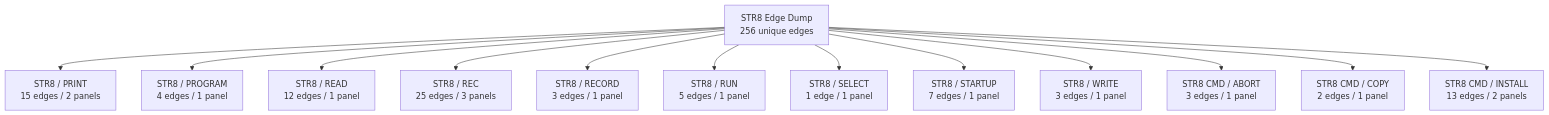
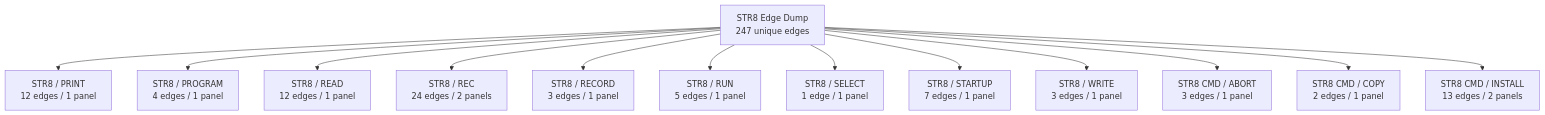
One commit to 95westus/R-YORS changed the second of 41 diagrams in DOC/GUIDES/STR8/STR8_EDGE_DUMP.md. Above: the diagram before and after it, drawn with Mermaid. The commit also changed other lines of this file and 17 other files, not shown here.

````diff
--- a/DOC/GUIDES/STR8/STR8_EDGE_DUMP.md
+++ b/DOC/GUIDES/STR8/STR8_EDGE_DUMP.md
@@ -44,15 +44,15 @@
 ```mermaid
 flowchart TD
-    EDGE_ATLAS_ROOT_1["STR8 Edge Dump<br/>256 unique edges"] --> EDGE_FAMILY_1_0["STR8 / PRINT<br/>15 edges / 2 panels"]
-    EDGE_ATLAS_ROOT_1["STR8 Edge Dump<br/>256 unique edges"] --> EDGE_FAMILY_1_1["STR8 / PROGRAM<br/>4 edges / 1 panel"]
-    EDGE_ATLAS_ROOT_1["STR8 Edge Dump<br/>256 unique edges"] --> EDGE_FAMILY_1_2["STR8 / READ<br/>12 edges / 1 panel"]
-    EDGE_ATLAS_ROOT_1["STR8 Edge Dump<br/>256 unique edges"] --> EDGE_FAMILY_1_3["STR8 / REC<br/>25 edges / 3 panels"]
-    EDGE_ATLAS_ROOT_1["STR8 Edge Dump<br/>256 unique edges"] --> EDGE_FAMILY_1_4["STR8 / RECORD<br/>3 edges / 1 panel"]
-    EDGE_ATLAS_ROOT_1["STR8 Edge Dump<br/>256 unique edges"] --> EDGE_FAMILY_1_5["STR8 / RUN<br/>5 edges / 1 panel"]
-    EDGE_ATLAS_ROOT_1["STR8 Edge Dump<br/>256 unique edges"] --> EDGE_FAMILY_1_6["STR8 / SELECT<br/>1 edge / 1 panel"]
-    EDGE_ATLAS_ROOT_1["STR8 Edge Dump<br/>256 unique edges"] --> EDGE_FAMILY_1_7["STR8 / STARTUP<br/>7 edges / 1 panel"]
-    EDGE_ATLAS_ROOT_1["STR8 Edge Dump<br/>256 unique edges"] --> EDGE_FAMILY_1_8["STR8 / WRITE<br/>3 edges / 1 panel"]
-    EDGE_ATLAS_ROOT_1["STR8 Edge Dump<br/>256 unique edges"] --> EDGE_FAMILY_1_9["STR8 CMD / ABORT<br/>3 edges / 1 panel"]
-    EDGE_ATLAS_ROOT_1["STR8 Edge Dump<br/>256 unique edges"] --> EDGE_FAMILY_1_10["STR8 CMD / COPY<br/>2 edges / 1 panel"]
-    EDGE_ATLAS_ROOT_1["STR8 Edge Dump<br/>256 unique edges"] --> EDGE_FAMILY_1_11["STR8 CMD / INSTALL<br/>13 edges / 2 panels"]
+    EDGE_ATLAS_ROOT_1["STR8 Edge Dump<br/>247 unique edges"] --> EDGE_FAMILY_1_0["STR8 / PRINT<br/>12 edges / 1 panel"]
+    EDGE_ATLAS_ROOT_1["STR8 Edge Dump<br/>247 unique edges"] --> EDGE_FAMILY_1_1["STR8 / PROGRAM<br/>4 edges / 1 panel"]
+    EDGE_ATLAS_ROOT_1["STR8 Edge Dump<br/>247 unique edges"] --> EDGE_FAMILY_1_2["STR8 / READ<br/>12 edges / 1 panel"]
+    EDGE_ATLAS_ROOT_1["STR8 Edge Dump<br/>247 unique edges"] --> EDGE_FAMILY_1_3["STR8 / REC<br/>24 edges / 2 panels"]
+    EDGE_ATLAS_ROOT_1["STR8 Edge Dump<br/>247 unique edges"] --> EDGE_FAMILY_1_4["STR8 / RECORD<br/>3 edges / 1 panel"]
+    EDGE_ATLAS_ROOT_1["STR8 Edge Dump<br/>247 unique edges"] --> EDGE_FAMILY_1_5["STR8 / RUN<br/>5 edges / 1 panel"]
+    EDGE_ATLAS_ROOT_1["STR8 Edge Dump<br/>247 unique edges"] --> EDGE_FAMILY_1_6["STR8 / SELECT<br/>1 edge / 1 panel"]
+    EDGE_ATLAS_ROOT_1["STR8 Edge Dump<br/>247 unique edges"] --> EDGE_FAMILY_1_7["STR8 / STARTUP<br/>7 edges / 1 panel"]
+    EDGE_ATLAS_ROOT_1["STR8 Edge Dump<br/>247 unique edges"] --> EDGE_FAMILY_1_8["STR8 / WRITE<br/>3 edges / 1 panel"]
+    EDGE_ATLAS_ROOT_1["STR8 Edge Dump<br/>247 unique edges"] --> EDGE_FAMILY_1_9["STR8 CMD / ABORT<br/>3 edges / 1 panel"]
+    EDGE_ATLAS_ROOT_1["STR8 Edge Dump<br/>247 unique edges"] --> EDGE_FAMILY_1_10["STR8 CMD / COPY<br/>2 edges / 1 panel"]
+    EDGE_ATLAS_ROOT_1["STR8 Edge Dump<br/>247 unique edges"] --> EDGE_FAMILY_1_11["STR8 CMD / INSTALL<br/>13 edges / 2 panels"]
 ```
````
